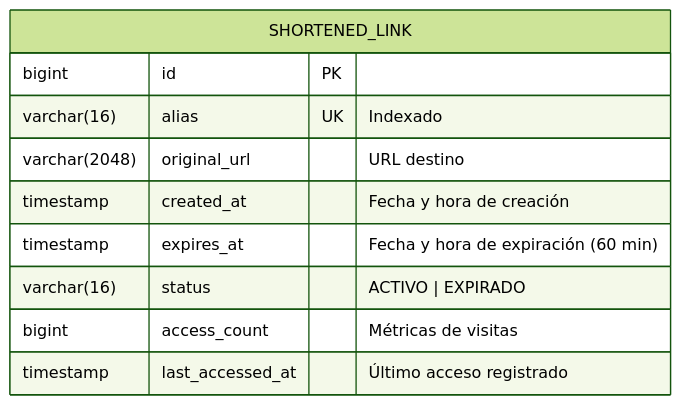
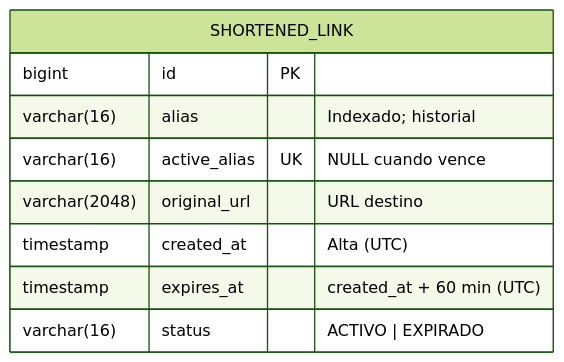
Before and after one commit to martincrespo77/PP6-TPGrupo2: the fourth of 4 diagrams in ANALISIS_Y_ESPECIFICACION_ETAPA_1.md, drawn with Mermaid (forest theme). The commit also changed other lines of this file, not shown here.

````diff
--- a/ANALISIS_Y_ESPECIFICACION_ETAPA_1.md
+++ b/ANALISIS_Y_ESPECIFICACION_ETAPA_1.md
@@ -229,13 +253,12 @@
 ```mermaid
 erDiagram
     SHORTENED_LINK {
         bigint id PK
-        varchar(16) alias UK "Indexado"
+        varchar(16) alias "Indexado; historial"
+        varchar(16) active_alias UK "NULL cuando vence"
         varchar(2048) original_url "URL destino"
-        timestamp created_at "Fecha y hora de creación"
-        timestamp expires_at "Fecha y hora de expiración (60 min)"
+        timestamp created_at "Alta (UTC)"
+        timestamp expires_at "created_at + 60 min (UTC)"
         varchar(16) status "ACTIVO | EXPIRADO"
-        bigint access_count "Métricas de visitas"
-        timestamp last_accessed_at "Último acceso registrado"
     }
 ```
````
